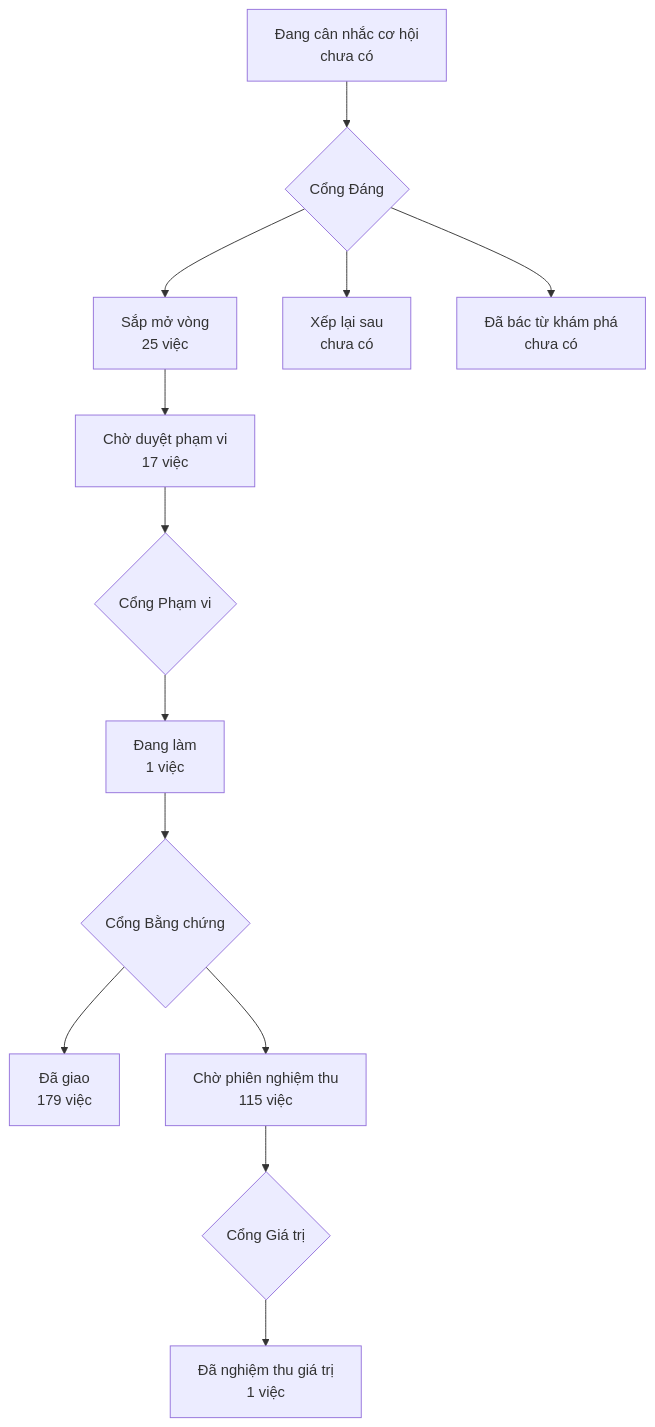
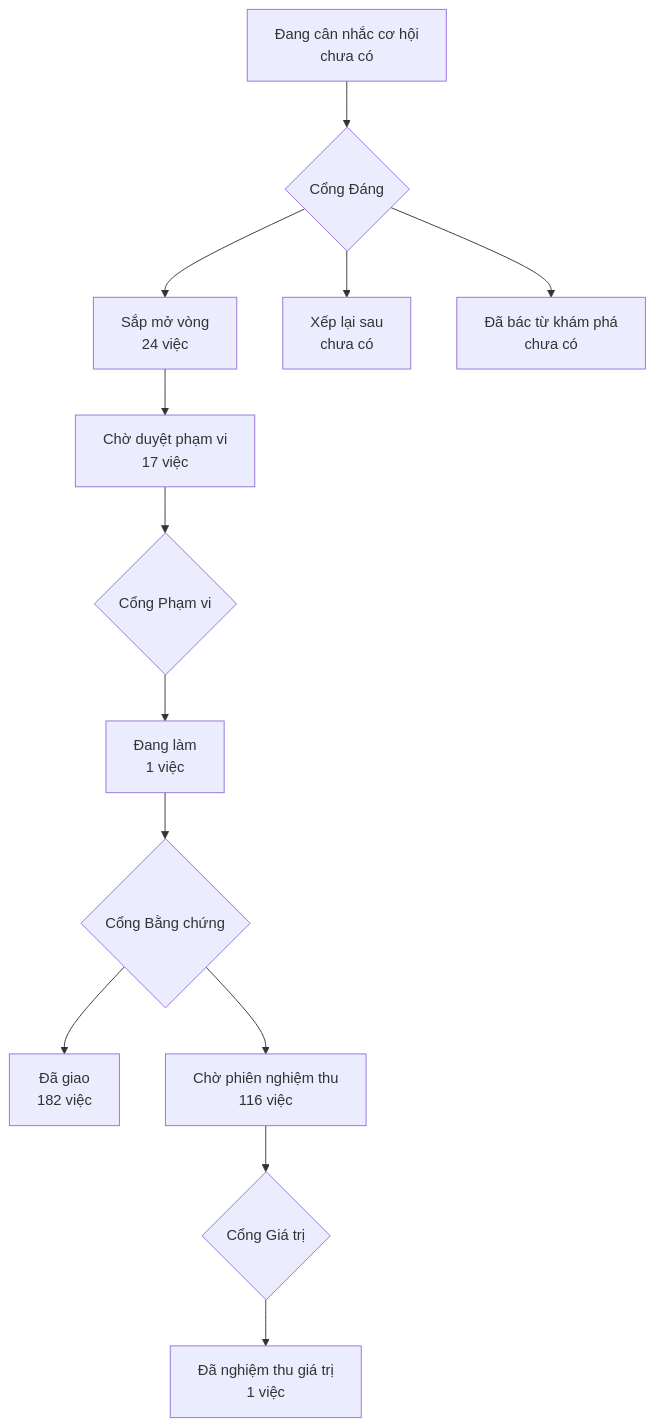
One commit to phanlemanh/onehub-invest changed the diagram in PRODUCT-MAP.md. Above: the diagram before and after it, drawn with Mermaid. The commit also changed other lines of this file and 1 other file, not shown here.

Commit message:
chore(map): sinh lại bản đồ sau khi gộp main

````diff
--- a/PRODUCT-MAP.md
+++ b/PRODUCT-MAP.md
@@ -7,12 +7,12 @@
 ```mermaid
 flowchart TD
   A["Đang cân nhắc cơ hội<br/>chưa có"] --> GD{"Cổng Đáng"}
-  GD --> B["Sắp mở vòng<br/>25 việc"]
+  GD --> B["Sắp mở vòng<br/>24 việc"]
   GD --> XL["Xếp lại sau<br/>chưa có"]
   GD --> DB["Đã bác từ khám phá<br/>chưa có"]
   B --> CD["Chờ duyệt phạm vi<br/>17 việc"] --> GP{"Cổng Phạm vi"}
   GP --> DL["Đang làm<br/>1 việc"] --> GB{"Cổng Bằng chứng"}
-  GB --> DG["Đã giao<br/>179 việc"]
-  GB --> CN["Chờ phiên nghiệm thu<br/>115 việc"] --> GG{"Cổng Giá trị"}
+  GB --> DG["Đã giao<br/>182 việc"]
+  GB --> CN["Chờ phiên nghiệm thu<br/>116 việc"] --> GG{"Cổng Giá trị"}
   GG --> NT["Đã nghiệm thu giá trị<br/>1 việc"]
 ```
````
